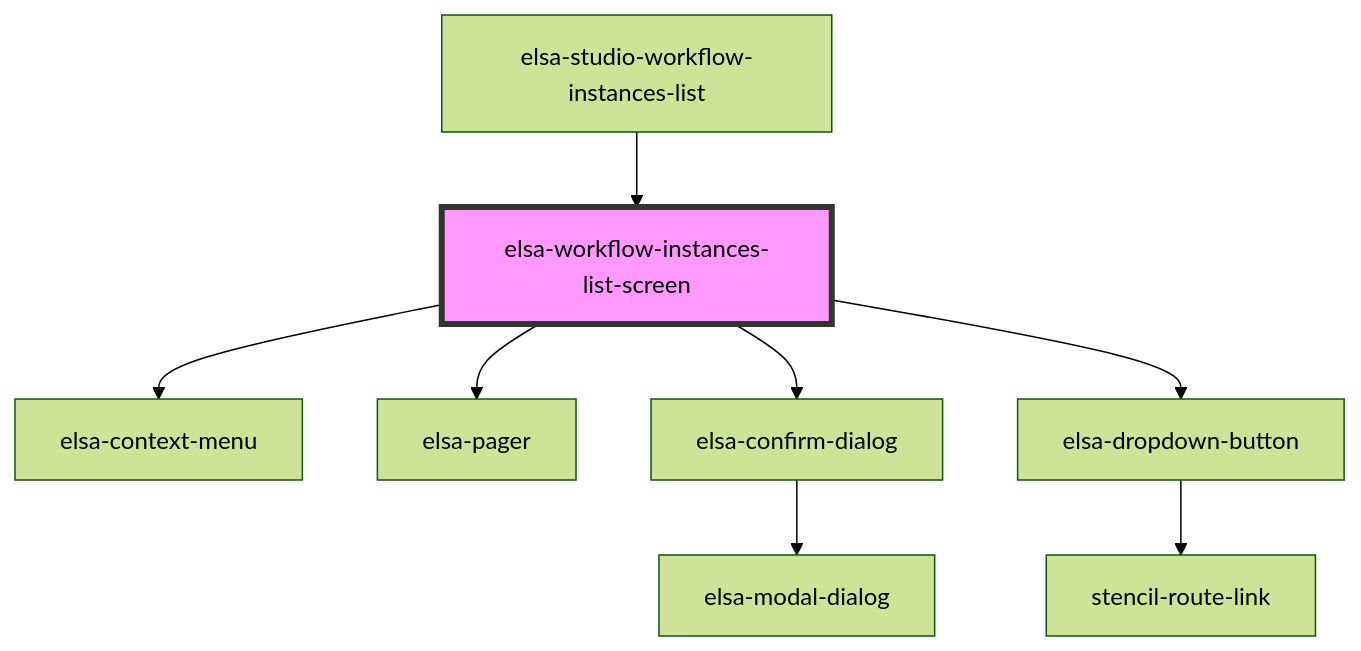
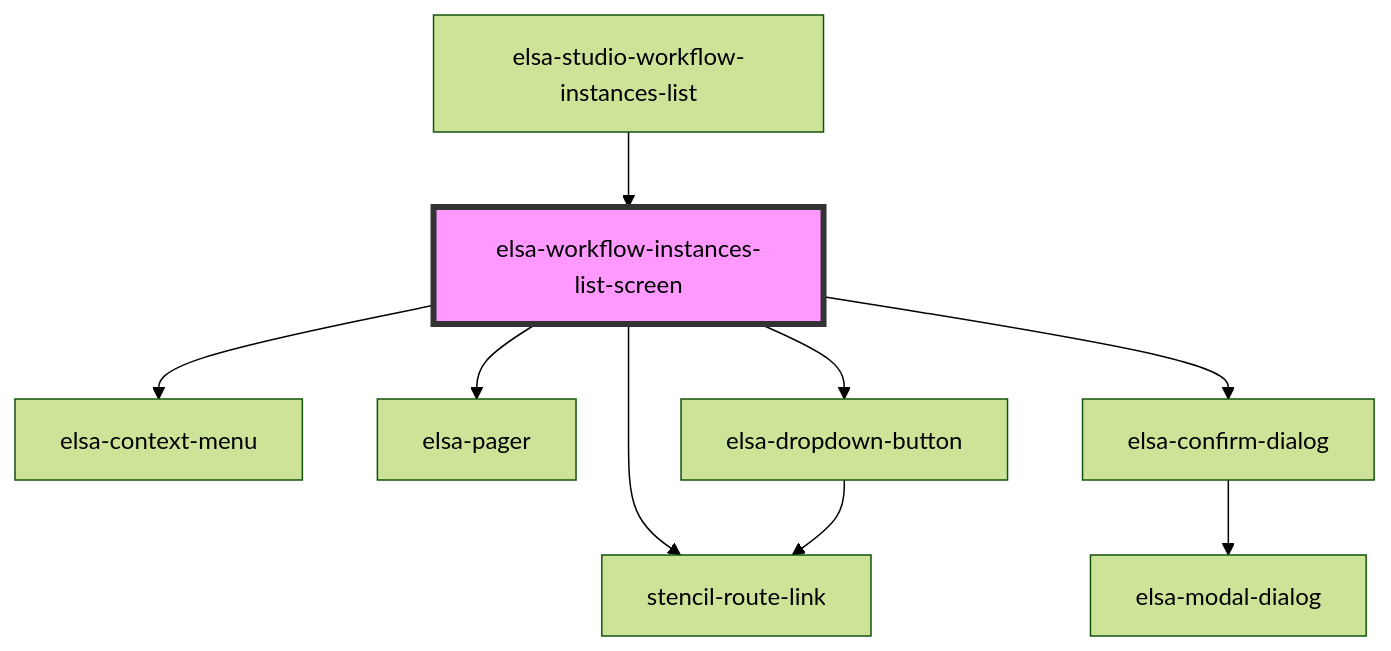
One commit to elsa-workflows/elsa-core changed the diagram in src/designer/elsa-workflows-studio/src/components/screens/workflow-instances-list/elsa-workflow-instances-list-screen/readme.md. Above: the diagram before and after it, drawn with Mermaid (forest theme). The commit also changed other lines of this file and 31 other files, not shown here.

````diff
--- a/src/designer/elsa-workflows-studio/src/components/screens/workflow-instances-list/elsa-workflow-instances-list-screen/readme.md
+++ b/src/designer/elsa-workflows-studio/src/components/screens/workflow-instances-list/elsa-workflow-instances-list-screen/readme.md
@@ -30,11 +31,12 @@
 ```mermaid
 graph TD;
+  elsa-workflow-instances-list-screen --> stencil-route-link
   elsa-workflow-instances-list-screen --> elsa-context-menu
   elsa-workflow-instances-list-screen --> elsa-pager
   elsa-workflow-instances-list-screen --> elsa-confirm-dialog
   elsa-workflow-instances-list-screen --> elsa-dropdown-button
   elsa-confirm-dialog --> elsa-modal-dialog
   elsa-dropdown-button --> stencil-route-link
   elsa-studio-workflow-instances-list --> elsa-workflow-instances-list-screen
   style elsa-workflow-instances-list-screen fill:#f9f,stroke:#333,stroke-width:4px
 ```
````
